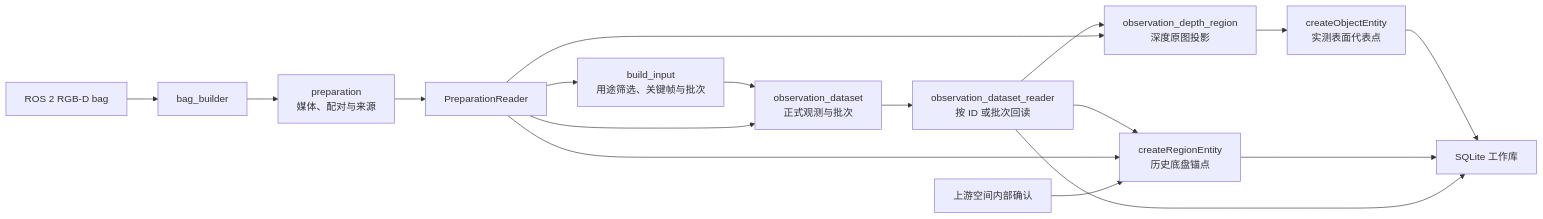
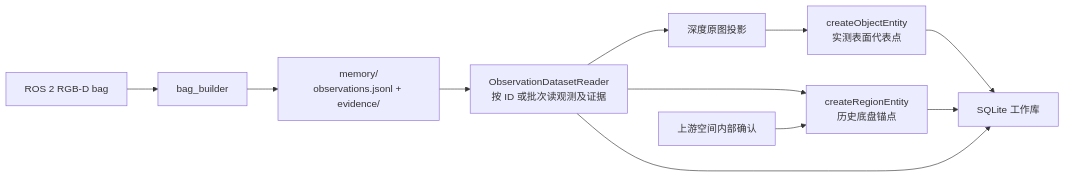
The diagram in docx/project/architecture.md (Anoool/vln_memory), drawn with Mermaid before and after one commit. The commit also changed other lines of this file and 31 other files, not shown here.

````diff
--- a/docx/project/architecture.md
+++ b/docx/project/architecture.md
@@ -7,19 +7,13 @@
 ```mermaid
 flowchart LR
     Bag["ROS 2 RGB-D bag"] --> Builder["bag_builder"]
-    Builder --> Preparation["preparation<br/>媒体、配对与来源"]
-    Preparation --> Reader["PreparationReader"]
-    Reader --> Select["build_input<br/>用途筛选、关键帧与批次"]
-    Select --> Dataset["observation_dataset<br/>正式观测与批次"]
-    Dataset --> DatasetReader["observation_dataset_reader<br/>按 ID 或批次回读"]
-    Reader --> Dataset
-    DatasetReader --> Geometry["observation_depth_region<br/>深度原图投影"]
-    Reader --> Geometry
+    Builder --> Memory["memory/<br/>observations.jsonl + evidence/"]
+    Memory --> DatasetReader["ObservationDatasetReader<br/>按 ID 或批次读观测及证据"]
+    DatasetReader --> Geometry["深度原图投影"]
     Geometry --> Object["createObjectEntity<br/>实测表面代表点"]
     DatasetReader --> Region["createRegionEntity<br/>历史底盘锚点"]
-    Reader --> Region
     Confirmation["上游空间内部确认"] --> Region
     Object --> Store["SQLite 工作库"]
     Region --> Store
     DatasetReader --> Store
 ```
````
